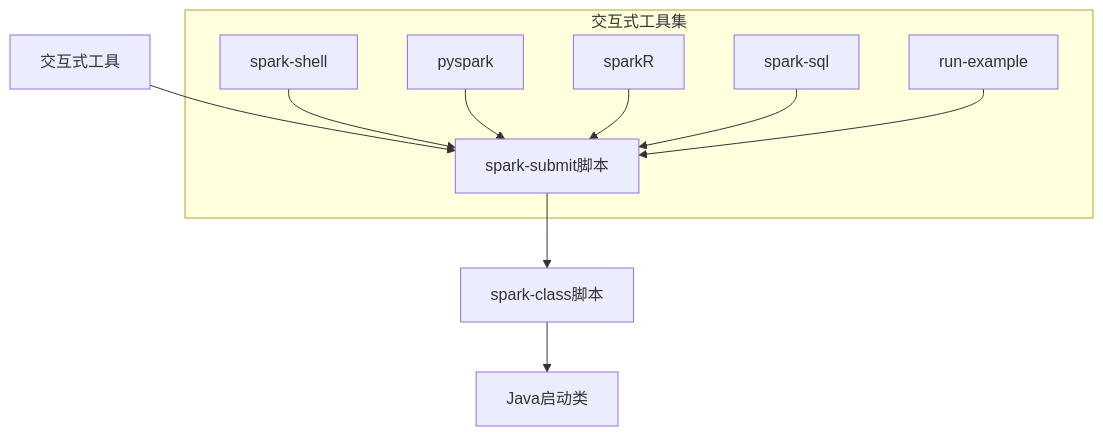
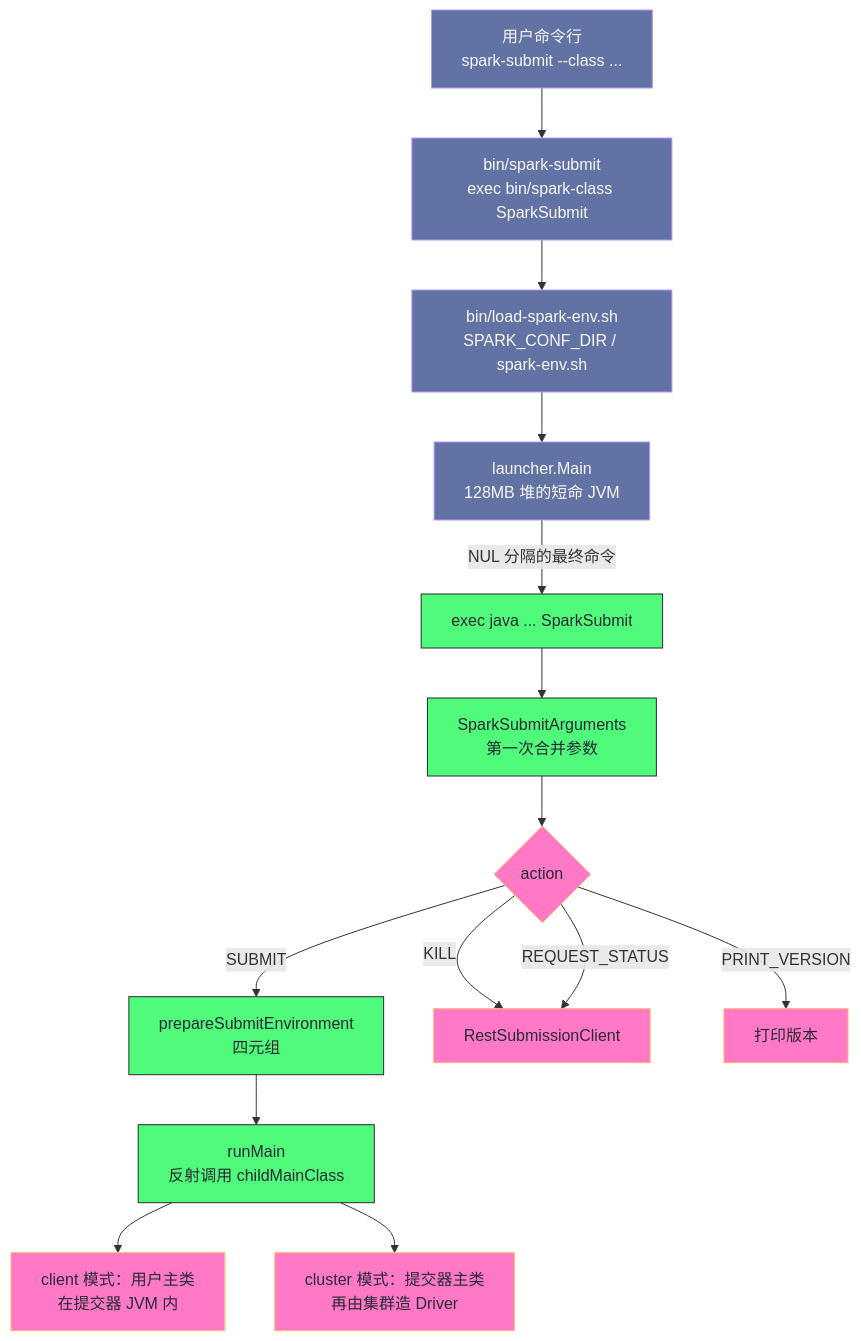
The first of 5 diagrams in content/大数据/Spark/读书笔记-spark内核/02_系统架构与运行机制/5. Spark_Application_提交机制.md (hpliStartAgain/my-brain), drawn with Mermaid before and after one commit. The commit also changed other lines of this file and 259 other files, not shown here.

````diff
--- a/content/大数据/Spark/读书笔记-spark内核/02_系统架构与运行机制/5. Spark_Application_提交机制.md
+++ b/content/大数据/Spark/读书笔记-spark内核/02_系统架构与运行机制/5. Spark_Application_提交机制.md
@@ -58,14 +77,24 @@
 ```mermaid
+%%{init: {'theme': 'dracula'}}%%
 flowchart TD
-    A["交互式工具"] --> B["spark-submit脚本"]
-    B --> C["spark-class脚本"]
-    C --> D["Java启动类"]
-    
-    subgraph "交互式工具集"
-        E["spark-shell"] --> B
-        F["pyspark"] --> B
-        G["sparkR"] --> B
-        H["spark-sql"] --> B
-        I["run-example"] --> B
-    end
+    A["用户命令行<br/>spark-submit --class ..."] --> B["bin/spark-submit<br/>exec bin/spark-class SparkSubmit"]
+    B --> C["bin/load-spark-env.sh<br/>SPARK_CONF_DIR / spark-env.sh"]
+    C --> D["launcher.Main<br/>128MB 堆的短命 JVM"]
+    D -->|"NUL 分隔的最终命令"| E["exec java ... SparkSubmit"]
+    E --> F["SparkSubmitArguments<br/>第一次合并参数"]
+    F --> G{"action"}
+    G -->|SUBMIT| H["prepareSubmitEnvironment<br/>四元组"]
+    G -->|KILL| I["RestSubmissionClient"]
+    G -->|REQUEST_STATUS| I
+    G -->|PRINT_VERSION| J["打印版本"]
+    H --> K["runMain<br/>反射调用 childMainClass"]
+    K --> L["client 模式：用户主类<br/>在提交器 JVM 内"]
+    K --> M["cluster 模式：提交器主类<br/>再由集群造 Driver"]
+
+    classDef script fill:#6272a4,stroke:#bd93f9,color:#f8f8f2
+    classDef core fill:#50fa7b,stroke:#282a36,color:#282a36
+    classDef branch fill:#ff79c6,stroke:#ffb86c,color:#282a36
+    class A,B,C,D script
+    class E,F,H,K core
+    class G,I,J,L,M branch
 ```
````
